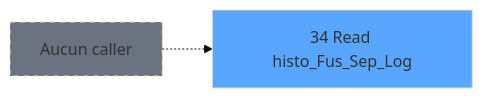
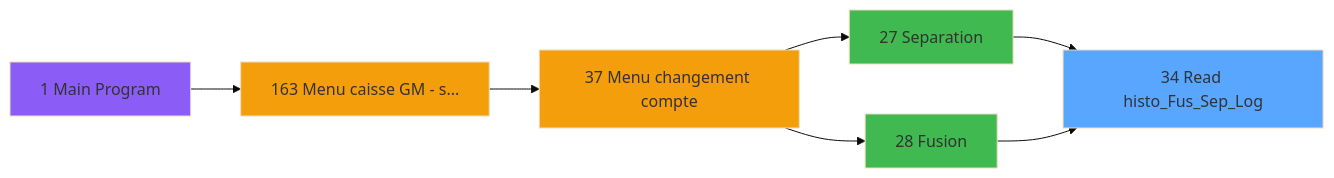
The second of 3 diagrams in .openspec/specs/ADH-IDE-34.md (thonyAGP/magic-migration), drawn with Mermaid (base theme) before and after one commit. The commit also changed other lines of this file and 253 other files, not shown here.

````diff
--- a/.openspec/specs/ADH-IDE-34.md
+++ b/.openspec/specs/ADH-IDE-34.md
@@ -139,8 +156,21 @@
 ```mermaid
 graph LR
     T34[34 Read histo_Fus_Sep_Log]
     style T34 fill:#58a6ff
-    NONE[Aucun caller]
-    NONE -.-> T34
-    style NONE fill:#6b7280,stroke-dasharray: 5 5
+    CC1[1 Main Program]
+    style CC1 fill:#8b5cf6
+    CC163[163 Menu caisse GM - s...]
+    style CC163 fill:#f59e0b
+    CC37[37 Menu changement compte]
+    style CC37 fill:#f59e0b
+    CC27[27 Separation]
+    style CC27 fill:#3fb950
+    CC28[28 Fusion]
+    style CC28 fill:#3fb950
+    CC37 --> CC27
+    CC37 --> CC28
+    CC163 --> CC37
+    CC1 --> CC163
+    CC27 --> T34
+    CC28 --> T34
 ```
````
